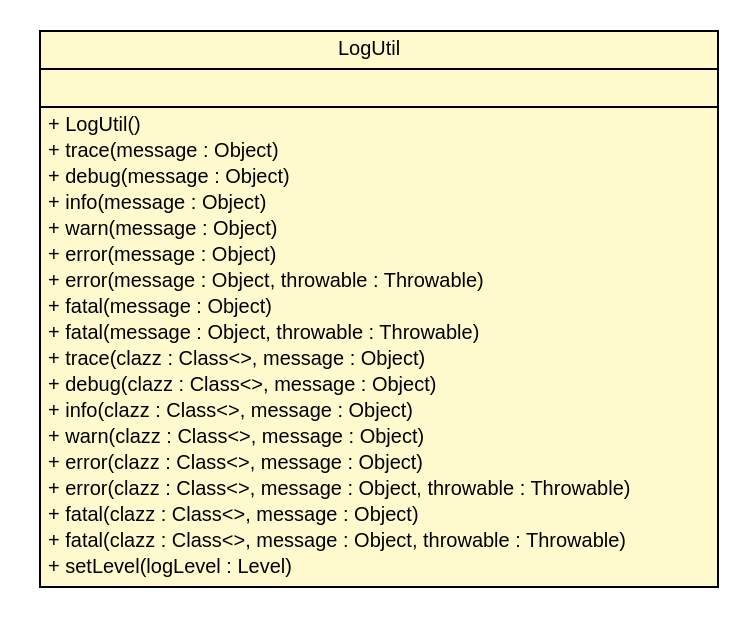
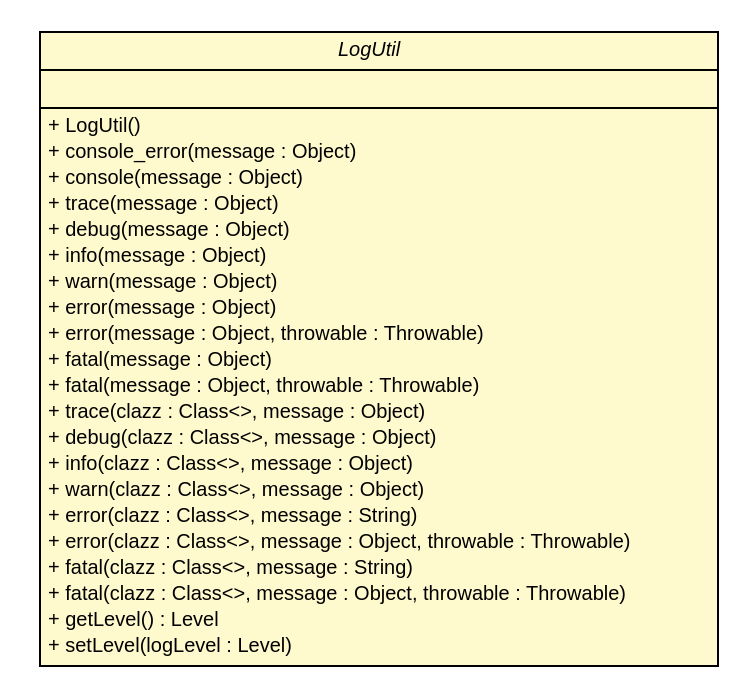
One commit to pcross616/lf-osc-proxy changed the diagram in apidocs/com/xley/lfosc/util/LogUtil.dot. Above: the diagram before and after it, drawn with Graphviz. The commit also changed 542 other files, not shown here.

```diff
--- a/apidocs/com/xley/lfosc/util/LogUtil.dot
+++ b/apidocs/com/xley/lfosc/util/LogUtil.dot
@@ -1,41 +1,44 @@
 #!/usr/local/bin/dot
 #
 # Class diagram 
 # Generated by UMLGraph version R5_6 (http://www.umlgraph.org/)
 #
 
 digraph G {
 	edge [fontname="Helvetica",fontsize=10,labelfontname="Helvetica",labelfontsize=10];
 	node [fontname="Helvetica",fontsize=10,shape=plaintext];
 	nodesep=0.25;
 	ranksep=0.5;
 	// com.xley.lfosc.util.LogUtil
-	c52 [label=<<table title="com.xley.lfosc.util.LogUtil" border="0" cellborder="1" cellspacing="0" cellpadding="2" port="p" bgcolor="lemonChiffon" href="./LogUtil.html">
+	c1602 [label=<<table title="com.xley.lfosc.util.LogUtil" border="0" cellborder="1" cellspacing="0" cellpadding="2" port="p" bgcolor="lemonChiffon" href="./LogUtil.html">
 		<tr><td><table border="0" cellspacing="0" cellpadding="1">
-<tr><td align="center" balign="center"> LogUtil </td></tr>
+<tr><td align="center" balign="center"><font face="Helvetica-Oblique"> LogUtil </font></td></tr>
 		</table></td></tr>
 		<tr><td><table border="0" cellspacing="0" cellpadding="1">
 <tr><td align="left" balign="left">  </td></tr>
 		</table></td></tr>
 		<tr><td><table border="0" cellspacing="0" cellpadding="1">
 <tr><td align="left" balign="left"> + LogUtil() </td></tr>
+<tr><td align="left" balign="left"> + console_error(message : Object) </td></tr>
+<tr><td align="left" balign="left"> + console(message : Object) </td></tr>
 <tr><td align="left" balign="left"> + trace(message : Object) </td></tr>
 <tr><td align="left" balign="left"> + debug(message : Object) </td></tr>
 <tr><td align="left" balign="left"> + info(message : Object) </td></tr>
 <tr><td align="left" balign="left"> + warn(message : Object) </td></tr>
 <tr><td align="left" balign="left"> + error(message : Object) </td></tr>
 <tr><td align="left" balign="left"> + error(message : Object, throwable : Throwable) </td></tr>
 <tr><td align="left" balign="left"> + fatal(message : Object) </td></tr>
 <tr><td align="left" balign="left"> + fatal(message : Object, throwable : Throwable) </td></tr>
 <tr><td align="left" balign="left"> + trace(clazz : Class&lt;&gt;, message : Object) </td></tr>
 <tr><td align="left" balign="left"> + debug(clazz : Class&lt;&gt;, message : Object) </td></tr>
 <tr><td align="left" balign="left"> + info(clazz : Class&lt;&gt;, message : Object) </td></tr>
 <tr><td align="left" balign="left"> + warn(clazz : Class&lt;&gt;, message : Object) </td></tr>
-<tr><td align="left" balign="left"> + error(clazz : Class&lt;&gt;, message : Object) </td></tr>
+<tr><td align="left" balign="left"> + error(clazz : Class&lt;&gt;, message : String) </td></tr>
 <tr><td align="left" balign="left"> + error(clazz : Class&lt;&gt;, message : Object, throwable : Throwable) </td></tr>
-<tr><td align="left" balign="left"> + fatal(clazz : Class&lt;&gt;, message : Object) </td></tr>
+<tr><td align="left" balign="left"> + fatal(clazz : Class&lt;&gt;, message : String) </td></tr>
 <tr><td align="left" balign="left"> + fatal(clazz : Class&lt;&gt;, message : Object, throwable : Throwable) </td></tr>
+<tr><td align="left" balign="left"> + getLevel() : Level </td></tr>
 <tr><td align="left" balign="left"> + setLevel(logLevel : Level) </td></tr>
 		</table></td></tr>
 		</table>>, URL="./LogUtil.html", fontname="Helvetica", fontcolor="black", fontsize=10.0];
 }
```
